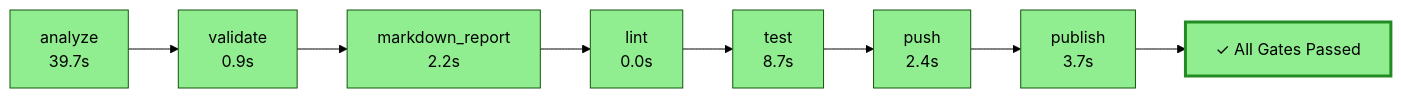
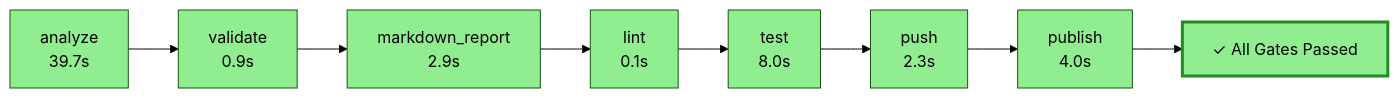
One commit to semcod/vallm changed the diagram in .pyqual/report.md. Above: the diagram before and after it, drawn with Mermaid (forest theme). The commit also changed other lines of this file and 6 other files, not shown here.

````diff
--- a/.pyqual/report.md
+++ b/.pyqual/report.md
@@ -10,26 +10,26 @@
 ```mermaid
 flowchart LR
     S0["analyze<br/>39.7s"]
     style S0 fill:#90EE90
     S1["validate<br/>0.9s"]
     style S1 fill:#90EE90
     S0 --> S1
-    S2["markdown_report<br/>2.2s"]
+    S2["markdown_report<br/>2.9s"]
     style S2 fill:#90EE90
     S1 --> S2
-    S3["lint<br/>0.0s"]
+    S3["lint<br/>0.1s"]
     style S3 fill:#90EE90
     S2 --> S3
-    S4["test<br/>8.7s"]
+    S4["test<br/>8.0s"]
     style S4 fill:#90EE90
     S3 --> S4
-    S5["push<br/>2.4s"]
+    S5["push<br/>2.3s"]
     style S5 fill:#90EE90
     S4 --> S5
-    S6["publish<br/>3.7s"]
+    S6["publish<br/>4.0s"]
     style S6 fill:#90EE90
     S5 --> S6
     G["✓ All Gates Passed"]
     style G fill:#90EE90,stroke:#228B22,stroke-width:3px
     S6 --> G
 ```
````
